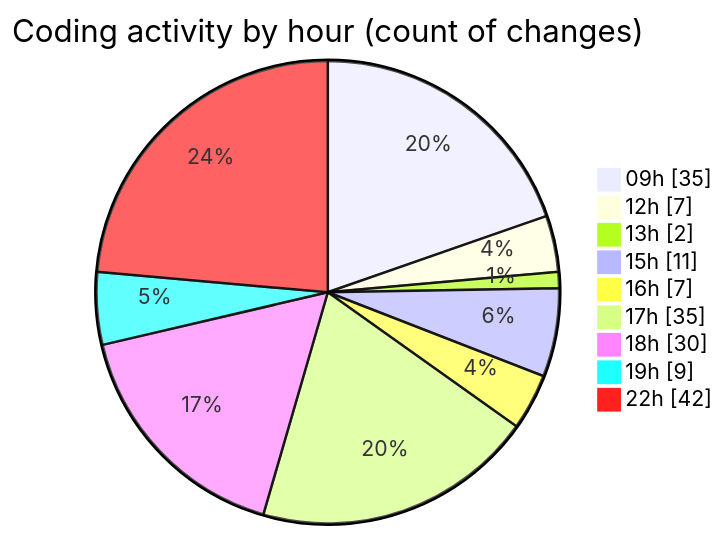
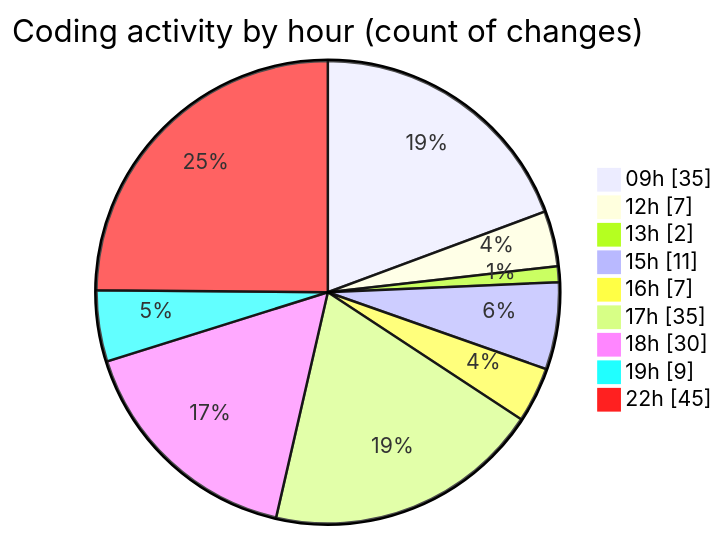
The second of 2 diagrams in 2026-06-11/cda/README.md (momahboobian/code-tracking), drawn with Mermaid before and after one commit. The commit also changed other lines of this file and 1 other file, not shown here.

````diff
--- a/2026-06-11/cda/README.md
+++ b/2026-06-11/cda/README.md
@@ -71,13 +71,13 @@
 ```mermaid
 pie showData
 title Coding activity by hour (count of changes)
 "09h" : 35
 "12h" : 7
 "13h" : 2
 "15h" : 11
 "16h" : 7
 "17h" : 35
 "18h" : 30
 "19h" : 9
-"22h" : 42
+"22h" : 45
 ```
````
